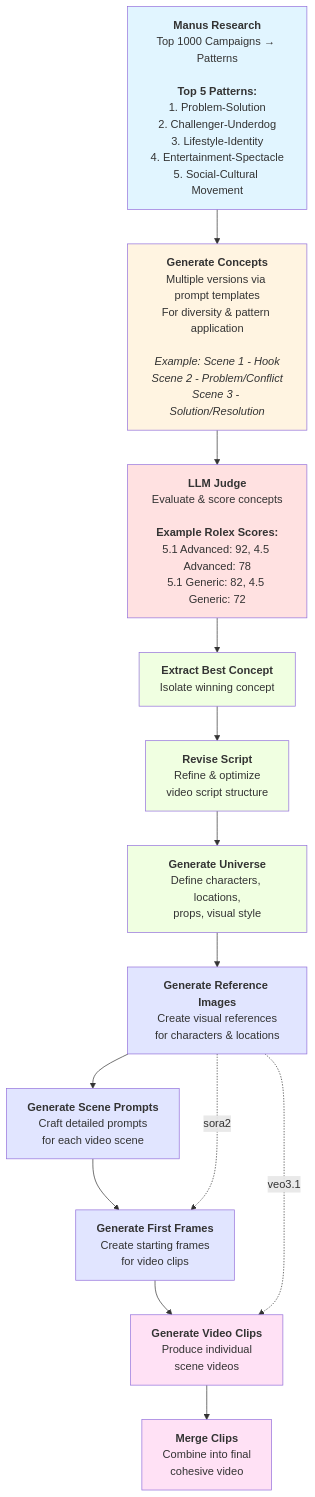
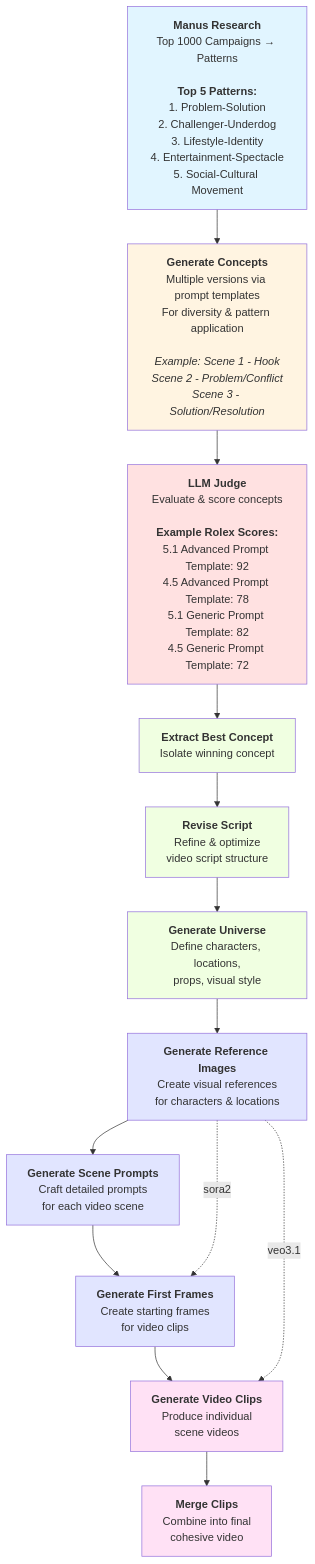
The diagram in PIPELINE_ARCHITECTURE.md (karinje/video-pipeline-python), drawn with Mermaid before and after one commit.

Commit message:
Clarify scores with 'Prompt Template' label

````diff
--- a/PIPELINE_ARCHITECTURE.md
+++ b/PIPELINE_ARCHITECTURE.md
@@ -7,41 +7,41 @@
 ```mermaid
 flowchart TD
     A["<b>Manus Research</b><br/>Top 1000 Campaigns → Patterns<br/><br/><b>Top 5 Patterns:</b><br/>1. Problem-Solution<br/>2. Challenger-Underdog<br/>3. Lifestyle-Identity<br/>4. Entertainment-Spectacle<br/>5. Social-Cultural Movement"] --> B
     
     B["<b>Generate Concepts</b><br/>Multiple versions via prompt templates<br/>For diversity & pattern application<br/><br/><i>Example: Scene 1 - Hook</i><br/><i>Scene 2 - Problem/Conflict</i><br/><i>Scene 3 - Solution/Resolution</i>"] --> C
     
-    C["<b>LLM Judge</b><br/>Evaluate & score concepts<br/><br/><b>Example Rolex Scores:</b><br/>5.1 Advanced: 92, 4.5 Advanced: 78<br/>5.1 Generic: 82, 4.5 Generic: 72"] --> D
+    C["<b>LLM Judge</b><br/>Evaluate & score concepts<br/><br/><b>Example Rolex Scores:</b><br/>5.1 Advanced Prompt Template: 92<br/>4.5 Advanced Prompt Template: 78<br/>5.1 Generic Prompt Template: 82<br/>4.5 Generic Prompt Template: 72"] --> D
     
     D["<b>Extract Best Concept</b><br/>Isolate winning concept"] --> E
     
     E["<b>Revise Script</b><br/>Refine & optimize<br/>video script structure"] --> F
     
     F["<b>Generate Universe</b><br/>Define characters, locations,<br/>props, visual style"] --> G
     
     G["<b>Generate Reference Images</b><br/>Create visual references<br/>for characters & locations"] --> H
     
     H["<b>Generate Scene Prompts</b><br/>Craft detailed prompts<br/>for each video scene"] --> I
     
     I["<b>Generate First Frames</b><br/>Create starting frames<br/>for video clips"] --> J
     
     J["<b>Generate Video Clips</b><br/>Produce individual<br/>scene videos"] --> K
     
     K["<b>Merge Clips</b><br/>Combine into final<br/>cohesive video"]
     
     G -.->|sora2| I
     G -.->|veo3.1| J
     
     click B "https://github.com/karinje/video-pipeline-python/blob/main/s1_generate_concepts/inputs/prompt_templates/advanced_structured.md" "View Advanced Prompt Template"
     
     style A fill:#e1f5ff
     style B fill:#fff4e1
     style C fill:#ffe1e1
     style D fill:#f0ffe1
     style E fill:#f0ffe1
     style F fill:#f0ffe1
     style G fill:#e1e5ff
     style H fill:#e1e5ff
     style I fill:#e1e5ff
     style J fill:#ffe1f5
     style K fill:#ffe1f5
 ```
````
